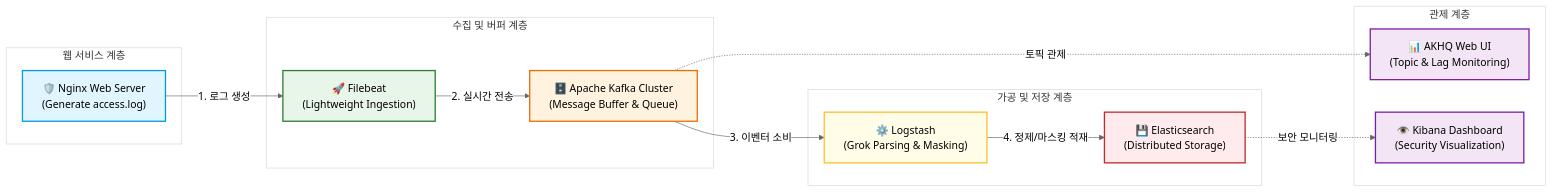
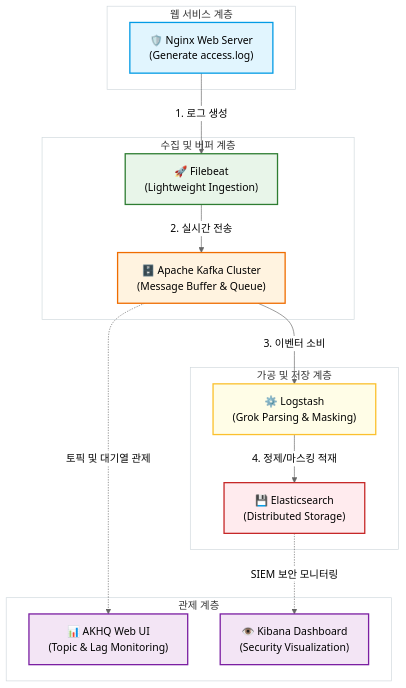
The diagram in README.md (dra2sun7/security-log-pipeline), drawn with Mermaid (neutral theme) before and after one commit. The commit also changed other lines of this file, not shown here.

First line of the commit message:
Revise README for architecture and benchmark clarity

````diff
--- a/README.md
+++ b/README.md
@@ -9,58 +11,58 @@
 ```mermaid
-graph LR
-%% 스타일 정의
+graph TB
+    %% 스타일 정의
     classDef producer fill:#e1f5fe,stroke:#039be5,stroke-width:2px;
     classDef agent fill:#e8f5e9,stroke:#2e7d32,stroke-width:2px;
     classDef queue fill:#fff3e0,stroke:#ef6c00,stroke-width:2px;
     classDef etl fill:#fffde7,stroke:#fbc02d,stroke-width:2px;
     classDef storage fill:#ffebee,stroke:#c62828,stroke-width:2px;
     classDef monitor fill:#f3e5f5,stroke:#7b1fa2,stroke-width:2px;
 
     %% 웹 서비스 계층
     subgraph Web_Layer [웹 서비스 계층]
         Nginx["🛡️ Nginx Web Server<br/>(Generate access.log)"]
     end
 
     %% 수집 및 버퍼 계층
     subgraph Collection_Layer [수집 및 버퍼 계층]
         Filebeat["🚀 Filebeat<br/>(Lightweight Ingestion)"]
         Kafka["🗄️ Apache Kafka Cluster<br/>(Message Buffer & Queue)"]
     end
 
     %% 가공 및 저장 계층
     subgraph Processing_Layer [가공 및 저장 계층]
         Logstash["⚙️ Logstash<br/>(Grok Parsing & Masking)"]
         Elasticsearch["💾 Elasticsearch<br/>(Distributed Storage)"]
     end
 
-    %% 관제 계층 (시각적 균형을 위해 하단 분리 배치)
+    %% 관제 계층 (시각적 균형을 위해 양옆 분기 유도)
     subgraph Management_Layer [관제 계층]
         AKHQ["📊 AKHQ Web UI<br/>(Topic & Lag Monitoring)"]
         Kibana["👁️ Kibana Dashboard<br/>(Security Visualization)"]
     end
 
     %% 메인 데이터 파이프라인 흐름 (위 -> 아래)
     Nginx -->|1. 로그 생성| Filebeat
     Filebeat -->|2. 실시간 전송| Kafka
     Kafka -->|3. 이벤터 소비| Logstash
     Logstash -->|4. 정제/마스킹 적재| Elasticsearch
 
-    %% 실시간 관제 및 모니터링 흐름 (양옆 분기)
-    Kafka -.->|토픽 관제| AKHQ
-    Elasticsearch -.->|보안 모니터링| Kibana
+    %% 실시간 관제 및 모니터링 흐름 (좌우 날개형 분기)
+    Kafka -.->|토픽 및 대기열 관제| AKHQ
+    Elasticsearch -.->|SIEM 보안 모니터링| Kibana
 
     %% 스타일 적용
     class Nginx producer;
     class Filebeat agent;
     class Kafka queue;
     class Logstash etl;
     class Elasticsearch storage;
     class AKHQ monitor;
     class Kibana monitor;
 
     %% 서브그래프 스타일
     style Web_Layer fill:none,stroke:#cfd8dc,stroke-width:1px;
     style Collection_Layer fill:none,stroke:#cfd8dc,stroke-width:1px;
     style Processing_Layer fill:none,stroke:#cfd8dc,stroke-width:1px;
     style Management_Layer fill:none,stroke:#cfd8dc,stroke-width:1px;
 ```
````
